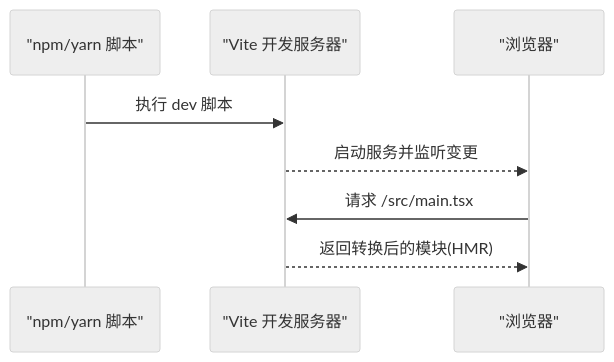
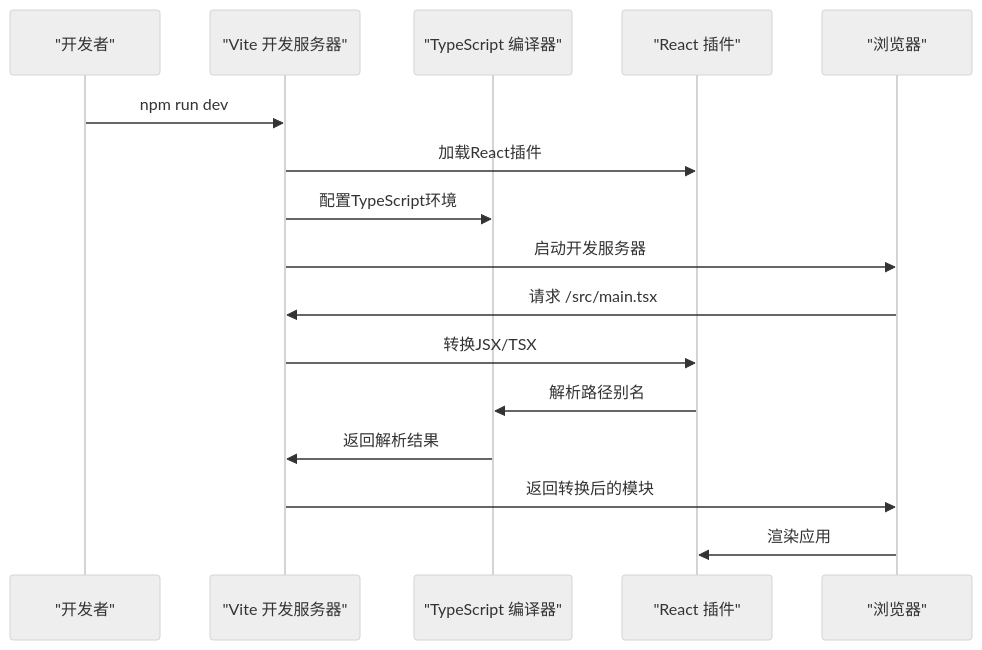
The fourth of 4 diagrams in .qoder/repowiki/zh/content/配置系统/构建配置.md (JadeXusq/qr-generator), drawn with Mermaid (neutral theme) before and after one commit. The commit also changed other lines of this file and 9 other files, not shown here.

````diff
--- a/.qoder/repowiki/zh/content/配置系统/构建配置.md
+++ b/.qoder/repowiki/zh/content/配置系统/构建配置.md
@@ -216,10 +223,18 @@
 ```mermaid
 sequenceDiagram
-participant CLI as "npm/yarn 脚本"
+participant Dev as "开发者"
 participant Vite as "Vite 开发服务器"
+participant TS as "TypeScript 编译器"
+participant React as "React 插件"
 participant Browser as "浏览器"
-CLI->>Vite : 执行 dev 脚本
-Vite-->>Browser : 启动服务并监听变更
+Dev->>Vite : npm run dev
+Vite->>React : 加载React插件
+Vite->>TS : 配置TypeScript环境
+Vite->>Browser : 启动开发服务器
 Browser->>Vite : 请求 /src/main.tsx
-Vite-->>Browser : 返回转换后的模块(HMR)
+Vite->>React : 转换JSX/TSX
+React->>TS : 解析路径别名
+TS->>Vite : 返回解析结果
+Vite->>Browser : 返回转换后的模块
+Browser->>React : 渲染应用
 ```
````
